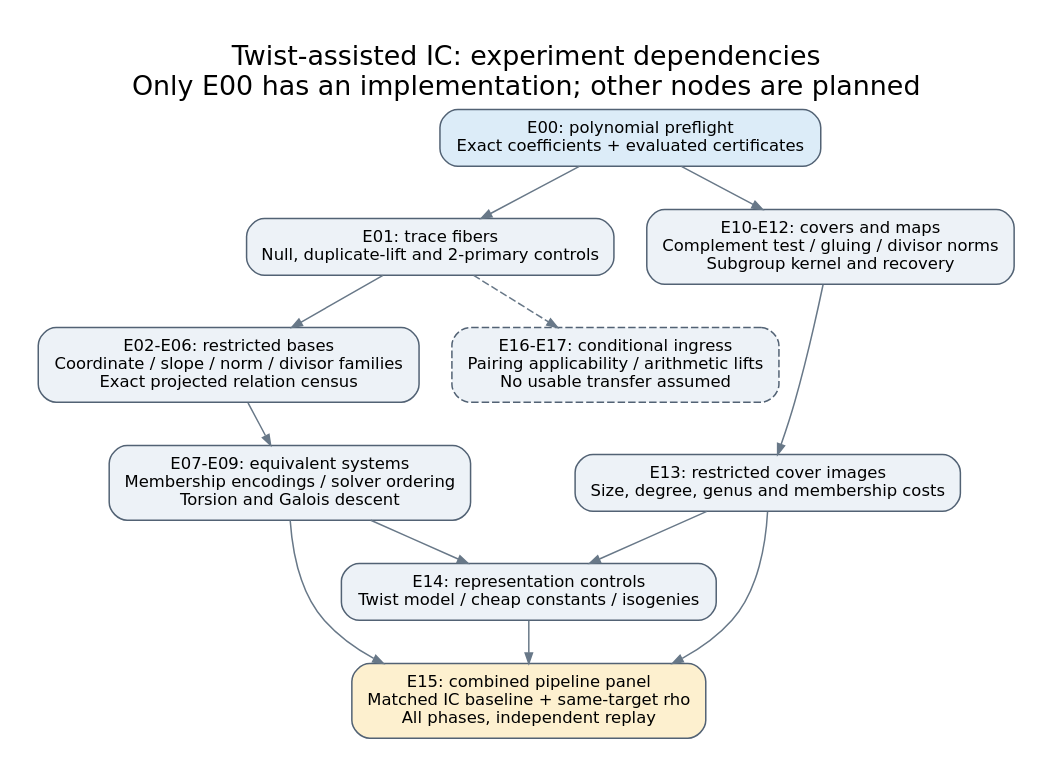
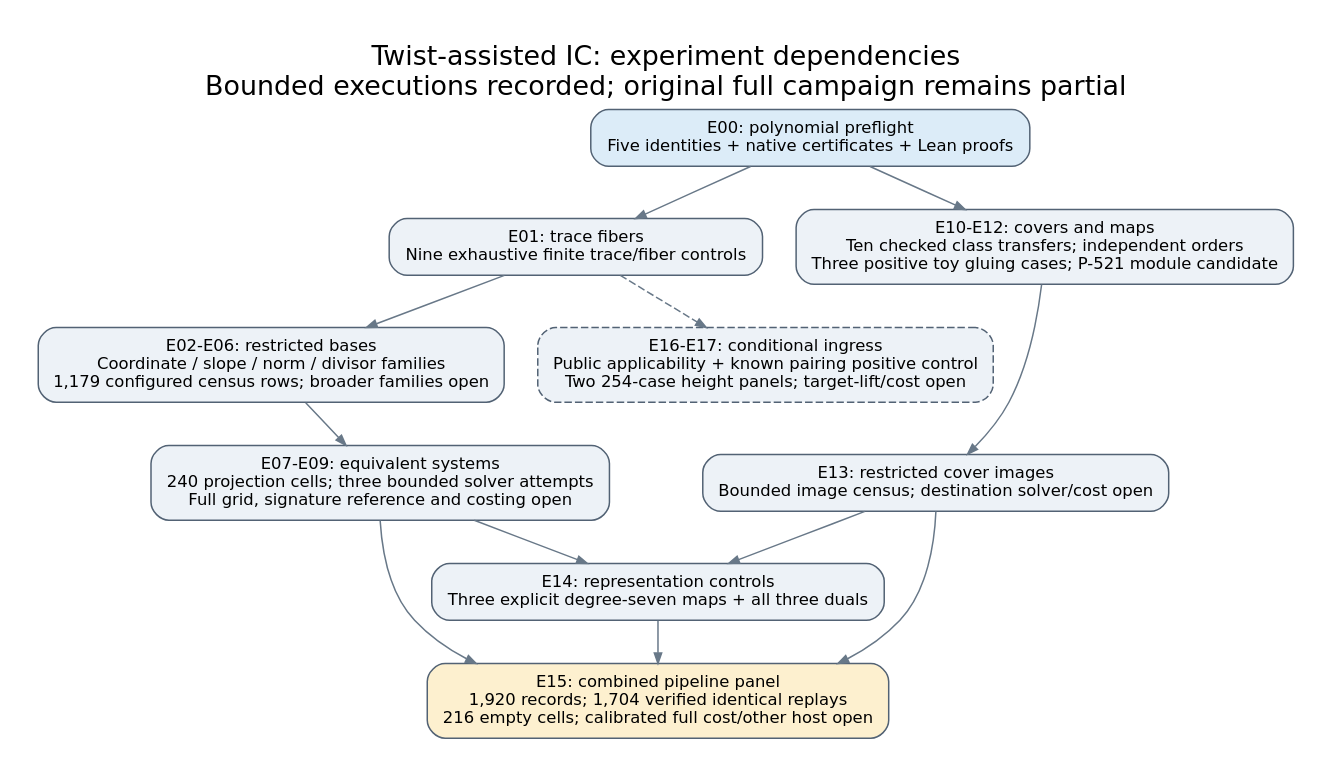
Before and after one commit to isogeny-labs/crypto: the diagram in research/twist_routes_1_3_20261021/PROGRAM.dot, drawn with Graphviz. The commit also changed 505 other files, not shown here.

Commit message:
research: record bounded twist-route experiments, replay evidence and remaining gaps

```diff
--- a/research/twist_routes_1_3_20261021/PROGRAM.dot
+++ b/research/twist_routes_1_3_20261021/PROGRAM.dot
@@ -1,25 +1,25 @@
 digraph program {
-  graph [rankdir=TB, bgcolor="white", pad="0.25", nodesep="0.30", ranksep="0.40", label="Twist-assisted IC: experiment dependencies\nOnly E00 has an implementation; other nodes are planned", labelloc=t, fontname="DejaVu Sans", fontsize=18];
+  graph [rankdir=TB, bgcolor="white", pad="0.25", nodesep="0.30", ranksep="0.40", label="Twist-assisted IC: experiment dependencies\nBounded executions recorded; original full campaign remains partial", labelloc=t, fontname="DejaVu Sans", fontsize=18];
   node [shape=box, style="rounded,filled", fillcolor="#edf2f7", color="#526274", fontname="DejaVu Sans", fontsize=11, margin="0.14,0.10"];
   edge [color="#687888", arrowsize=0.7];
-  e00 [label="E00: polynomial preflight\nExact coefficients + evaluated certificates", fillcolor="#dcecf8"];
-  e01 [label="E01: trace fibers\nNull, duplicate-lift and 2-primary controls"];
-  bases [label="E02-E06: restricted bases\nCoordinate / slope / norm / divisor families\nExact projected relation census"];
-  solver [label="E07-E09: equivalent systems\nMembership encodings / solver ordering\nTorsion and Galois descent"];
-  cover [label="E10-E12: covers and maps\nComplement test / gluing / divisor norms\nSubgroup kernel and recovery"];
-  image [label="E13: restricted cover images\nSize, degree, genus and membership costs"];
-  rep [label="E14: representation controls\nTwist model / cheap constants / isogenies"];
-  pipeline [label="E15: combined pipeline panel\nMatched IC baseline + same-target rho\nAll phases, independent replay", fillcolor="#fdf0cf"];
-  side [label="E16-E17: conditional ingress\nPairing applicability / arithmetic lifts\nNo usable transfer assumed", style="rounded,filled,dashed"];
+  e00 [label="E00: polynomial preflight\nFive identities + native certificates + Lean proofs", fillcolor="#dcecf8"];
+  e01 [label="E01: trace fibers\nNine exhaustive finite trace/fiber controls"];
+  bases [label="E02-E06: restricted bases\nCoordinate / slope / norm / divisor families\n1,179 configured census rows; broader families open"];
+  solver [label="E07-E09: equivalent systems\n240 projection cells; three bounded solver attempts\nFull grid, signature reference and costing open"];
+  cover [label="E10-E12: covers and maps\nTen checked class transfers; independent orders\nThree positive toy gluing cases; P-521 module candidate"];
+  image [label="E13: restricted cover images\nBounded image census; destination solver/cost open"];
+  rep [label="E14: representation controls\nThree explicit degree-seven maps + all three duals"];
+  pipeline [label="E15: combined pipeline panel\n1,920 records; 1,704 verified identical replays\n216 empty cells; calibrated full cost/other host open", fillcolor="#fdf0cf"];
+  side [label="E16-E17: conditional ingress\nPublic applicability + known pairing positive control\nTwo 254-case height panels; target-lift/cost open", style="rounded,filled,dashed"];
   e00 -> e01;
   e00 -> cover;
   e01 -> bases;
   bases -> solver;
   cover -> image;
   solver -> rep;
   image -> rep;
   rep -> pipeline;
   solver -> pipeline;
   image -> pipeline;
   e01 -> side [style=dashed];
 }
```
